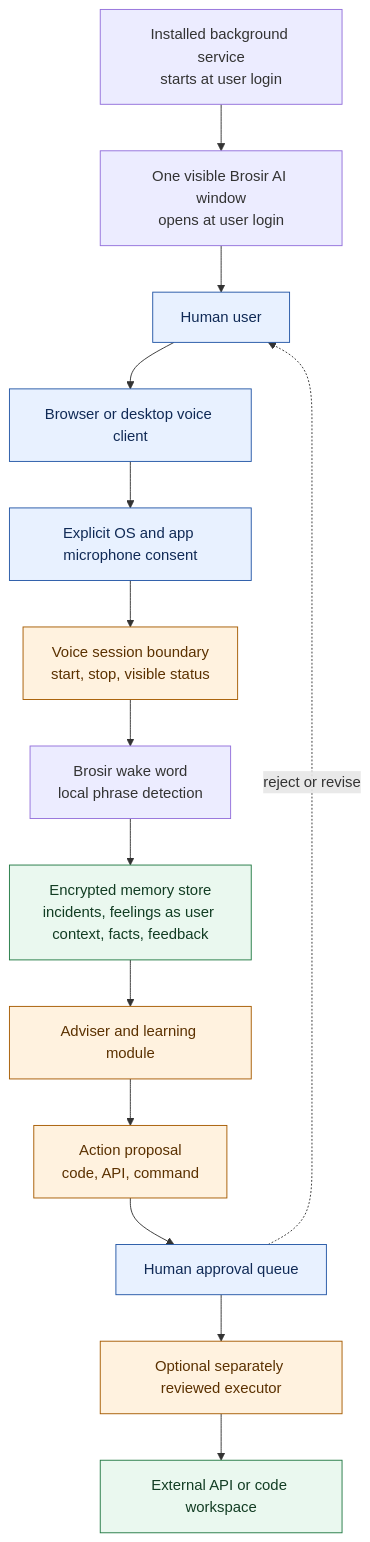
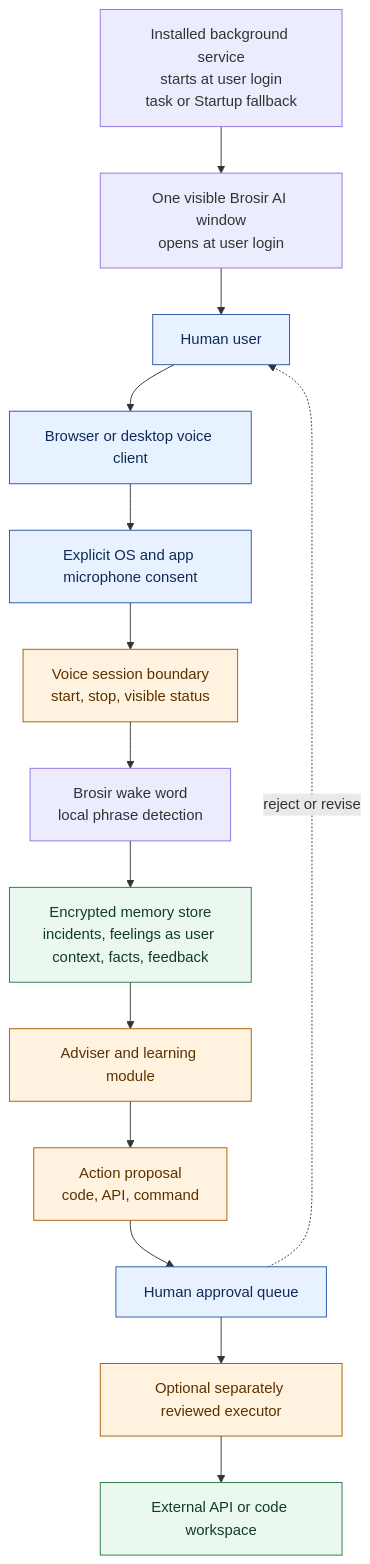
The diagram in docs/architecture.md (Somasundaram004/human-advisor-ai), drawn with Mermaid before and after one commit. The commit also changed 5 other files, not shown here.

````diff
--- a/docs/architecture.md
+++ b/docs/architecture.md
@@ -3,29 +3,29 @@
 ```mermaid
 flowchart TB
     human[Human user]
-    service[Installed background service<br/>starts at user login]
+    service[Installed background service<br/>starts at user login<br/>task or Startup fallback]
     window[One visible Brosir AI window<br/>opens at user login]
     client[Browser or desktop voice client]
     consent[Explicit OS and app microphone consent]
     voice[Voice session boundary<br/>start, stop, visible status]
     wake[Brosir wake word<br/>local phrase detection]
     memory[Encrypted memory store<br/>incidents, feelings as user context, facts, feedback]
     adviser[Adviser and learning module]
     proposal[Action proposal<br/>code, API, command]
     approval[Human approval queue]
     executor[Optional separately reviewed executor]
     api[External API or code workspace]
 
     service --> window --> human
     human --> client --> consent --> voice --> wake
     wake --> memory --> adviser
     adviser --> proposal --> approval --> executor --> api
     approval -. reject or revise .-> human
 
     classDef human fill:#e8f1ff,stroke:#2457a6,color:#102a56
     classDef control fill:#fff2df,stroke:#a65b00,color:#5b3100
     classDef data fill:#eaf8ef,stroke:#237a44,color:#123d23
     class human,client,consent,approval human
     class voice,adviser,proposal,executor control
     class memory,api data
 ```
````
